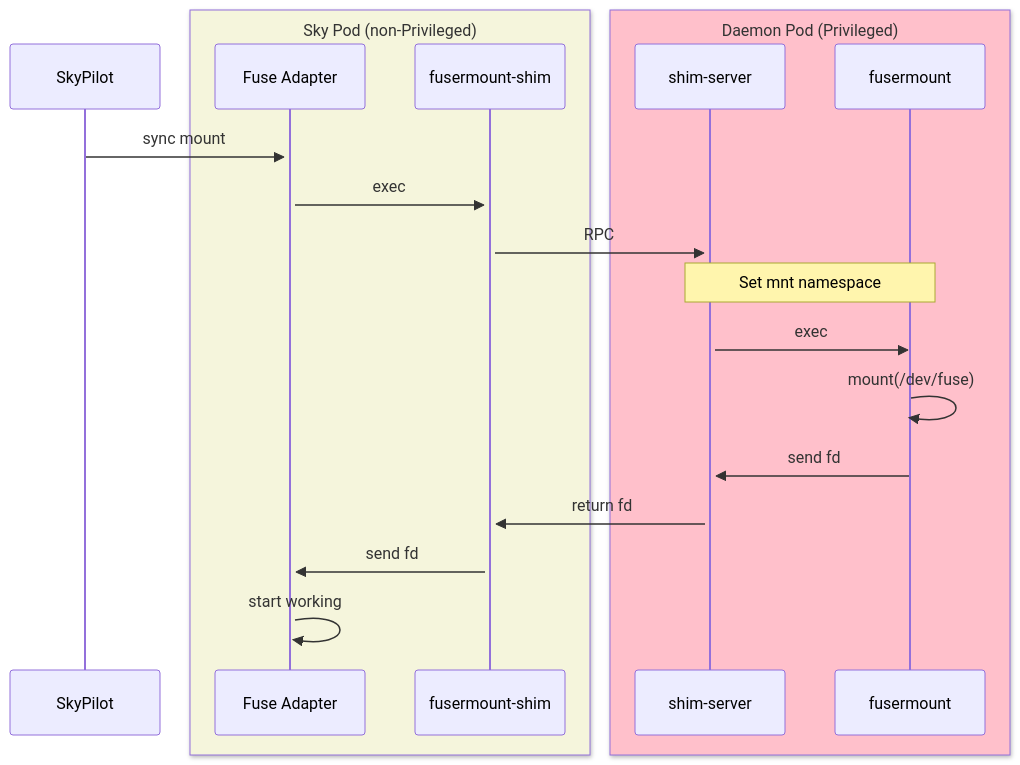
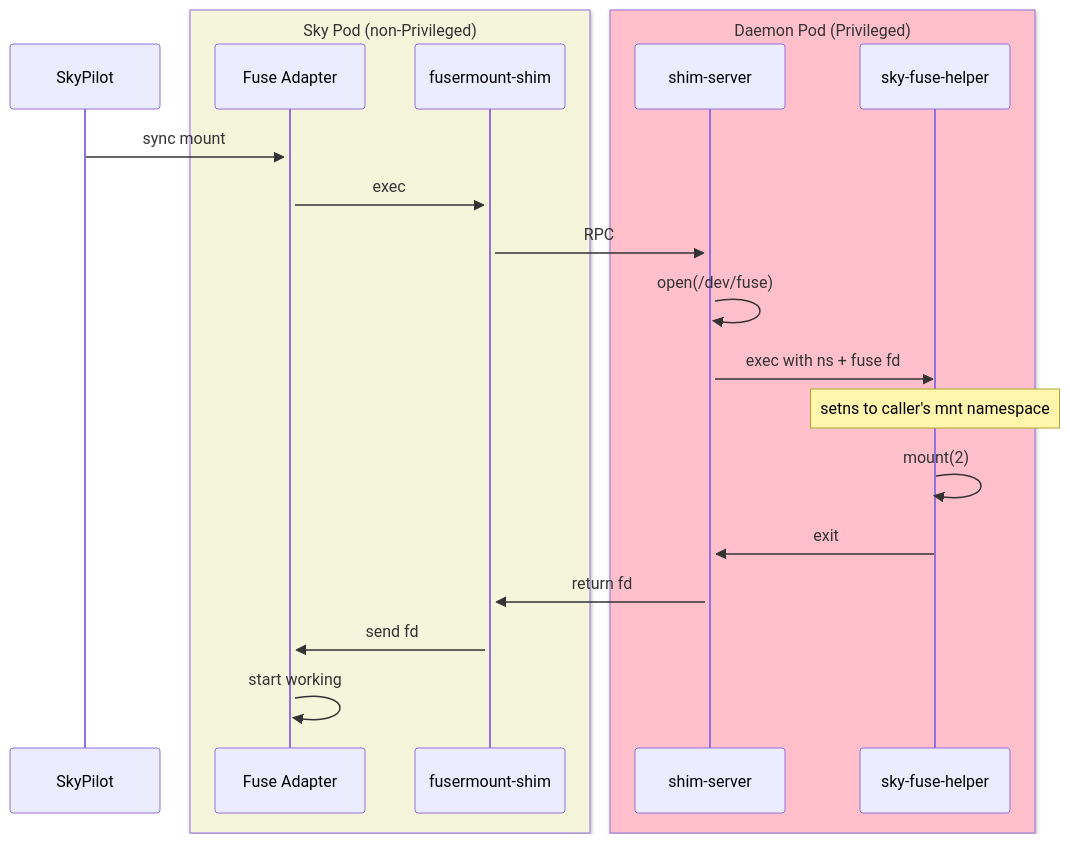
The diagram in addons/fuse-proxy/README.md (skypilot-org/skypilot), drawn with Mermaid before and after one commit. The commit also changed other lines of this file and 4 other files, not shown here.

First line of the commit message:
[Kubernetes] Address fusermount-server review comments

````diff
--- a/addons/fuse-proxy/README.md
+++ b/addons/fuse-proxy/README.md
@@ -78,21 +77,22 @@
 ```mermaid
 sequenceDiagram
     SkyPilot->>+Fuse Adapter: sync mount
     box beige Sky Pod (non-Privileged)
     participant Fuse Adapter
     participant fusermount-shim
     end
     Fuse Adapter->>+fusermount-shim: exec
     fusermount-shim->>+shim-server: RPC
     box pink Daemon Pod (Privileged)
     participant shim-server
-    participant fusermount
+    participant sky-fuse-helper
     end
-    Note over shim-server,fusermount: Set mnt namespace
-    shim-server->>fusermount: exec
-    fusermount->>fusermount: mount(/dev/fuse)
-    fusermount->>shim-server: send fd
+    shim-server->>shim-server: open(/dev/fuse)
+    shim-server->>sky-fuse-helper: exec with ns + fuse fd
+    Note over sky-fuse-helper: setns to caller's mnt namespace
+    sky-fuse-helper->>sky-fuse-helper: mount(2)
+    sky-fuse-helper->>shim-server: exit
     shim-server->>fusermount-shim: return fd
     fusermount-shim->>Fuse Adapter: send fd
     Fuse Adapter->>Fuse Adapter: start working
 ```
````
